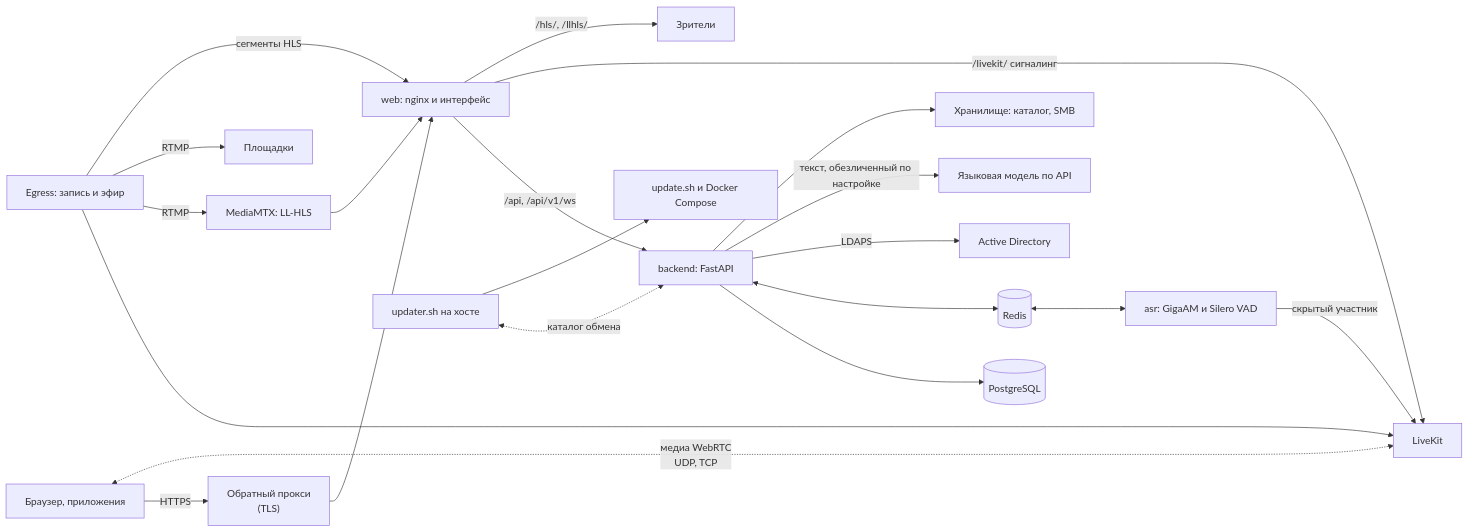
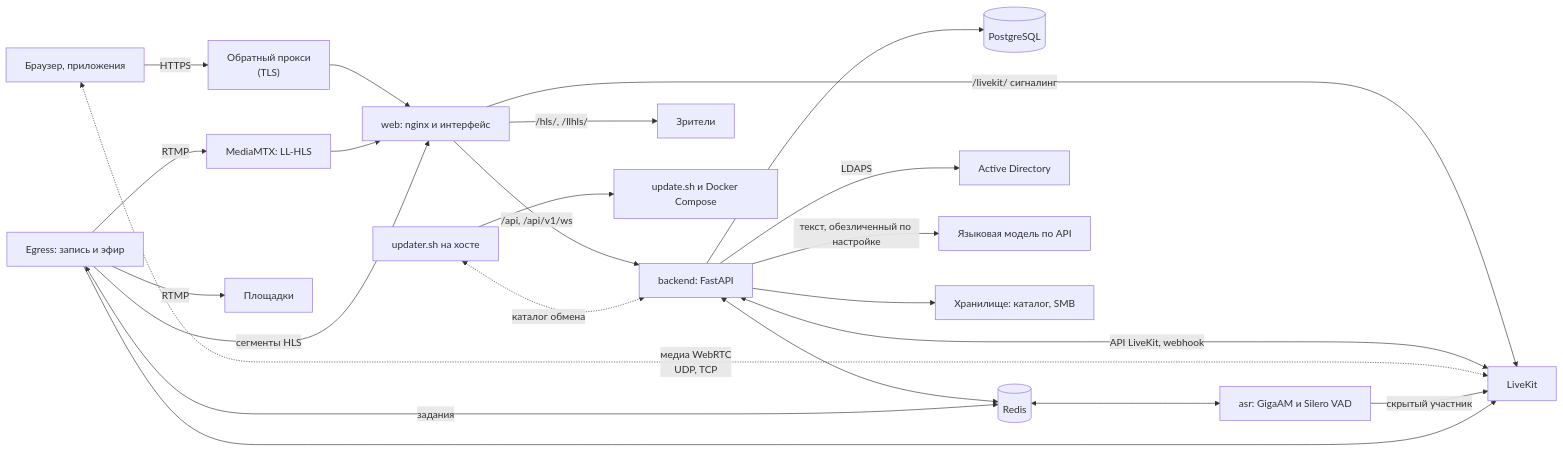
The diagram in wiki/Как-устроена-Peregovorka.md (calleograph/peregovorka), drawn with Mermaid before and after one commit. The commit also changed other lines of this file and 73 other files, not shown here.

````diff
--- a/wiki/Как-устроена-Peregovorka.md
+++ b/wiki/Как-устроена-Peregovorka.md
@@ -9,23 +9,25 @@
 ```mermaid
 flowchart LR
   B["Браузер, приложения"] -- "HTTPS" --> P["Обратный прокси<br/>(TLS)"]
   P --> W["web: nginx и интерфейс"]
   W -- "/api, /api/v1/ws" --> BE["backend: FastAPI"]
   W -- "/livekit/ сигналинг" --> LK["LiveKit"]
+  BE <-- "API LiveKit, webhook" --> LK
   B <-. "медиа WebRTC<br/>UDP, TCP" .-> LK
   BE --> PG[("PostgreSQL")]
   BE <--> R[("Redis")]
   BE -- "LDAPS" --> AD["Active Directory"]
   BE -- "текст, обезличенный по настройке" --> LLM["Языковая модель по API"]
   BE --> ST["Хранилище: каталог, SMB"]
   R <--> ASR["asr: GigaAM и Silero VAD"]
   ASR -- "скрытый участник" --> LK
   EG["Egress: запись и эфир"] --> LK
+  EG <-- "задания" --> R
   EG -- "RTMP" --> MM["MediaMTX: LL-HLS"]
   EG -- "RTMP" --> PL["Площадки"]
   W -- "/hls/, /llhls/" --> V["Зрители"]
   MM --> W
   EG -- "сегменты HLS" --> W
   UP["updater.sh на хосте"] <-. "каталог обмена" .-> BE
   UP --> UPD["update.sh и Docker Compose"]
 ```
````
